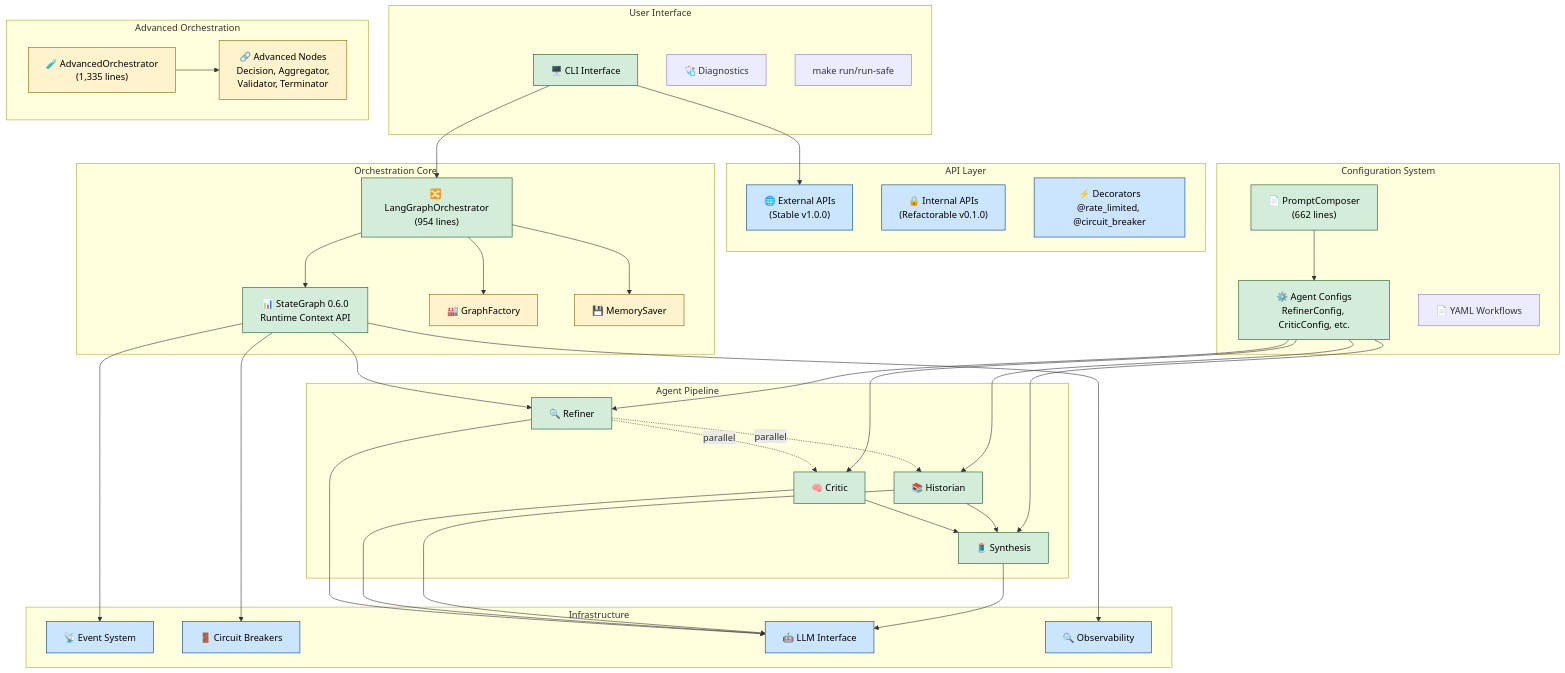
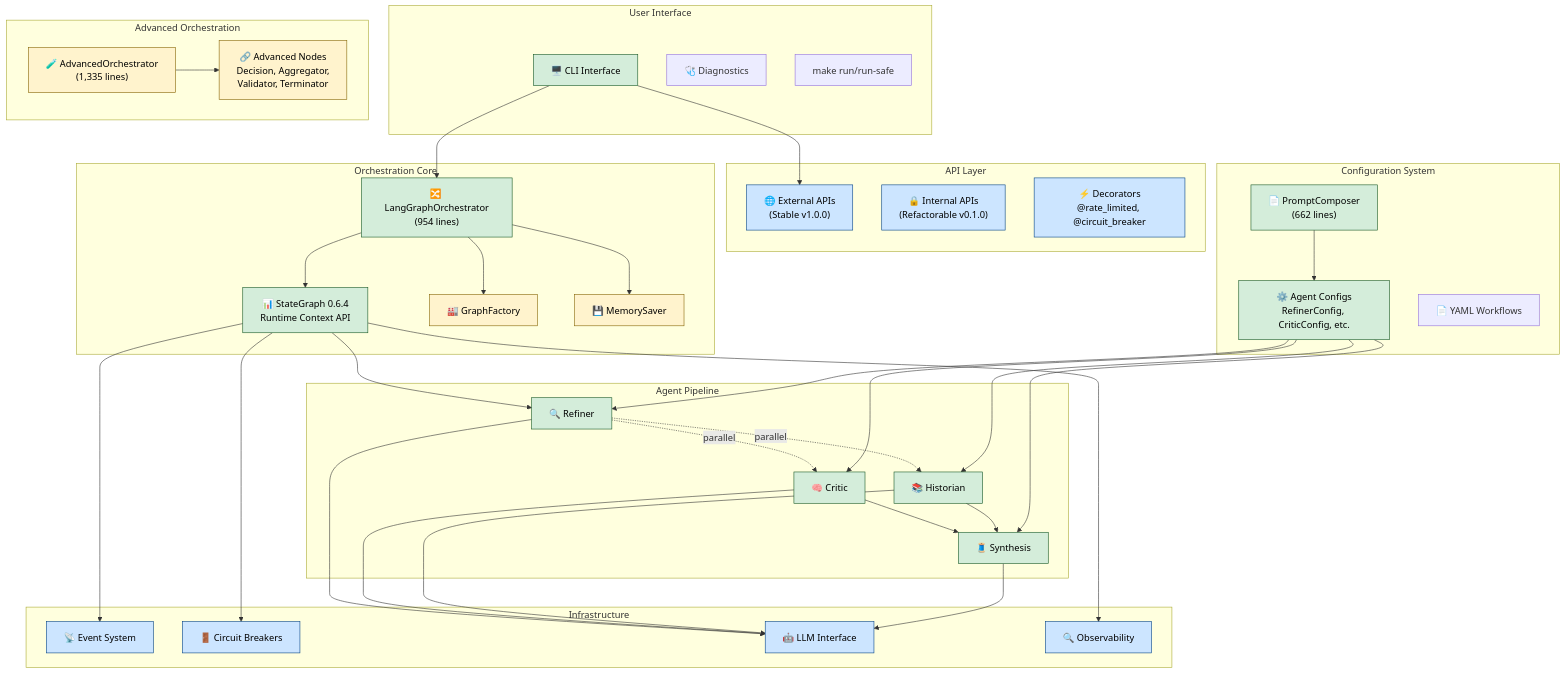
Before and after one commit to aucontraire/cognivault: the diagram in src/cognivault/docs/architecture/ARCHITECTURE.md, drawn with Mermaid. The commit also changed other lines of this file and 320 other files, not shown here.

````diff
--- a/src/cognivault/docs/architecture/ARCHITECTURE.md
+++ b/src/cognivault/docs/architecture/ARCHITECTURE.md
@@ -95,82 +95,82 @@
 ```mermaid
 graph TB
     subgraph "User Interface"
         CLI["🖥️ CLI Interface"]
         DIAG["🩺 Diagnostics"]
         MAKE["make run/run-safe"]
     end
     
     subgraph "API Layer"
         ExtAPI["🌐 External APIs<br/>(Stable v1.0.0)"]
         IntAPI["🔒 Internal APIs<br/>(Refactorable v0.1.0)"]
         DECO["⚡ Decorators<br/>@rate_limited, @circuit_breaker"]
     end
     
     subgraph "Orchestration Core"
         LGO["🔀 LangGraphOrchestrator<br/>(954 lines)"]
-        SG["📊 StateGraph 0.6.0<br/>Runtime Context API"]
+        SG["📊 StateGraph 0.6.4<br/>Runtime Context API"]
         GF["🏭 GraphFactory"]
         MS["💾 MemorySaver"]
     end
     
     subgraph "Agent Pipeline"
         RF["🔍 Refiner"]
         CR["🧠 Critic"]
         HI["📚 Historian"]
         SY["🧵 Synthesis"]
     end
     
     subgraph "Configuration System"
         PC["📄 PromptComposer<br/>(662 lines)"]
         AG_CONFIG["⚙️ Agent Configs<br/>RefinerConfig, CriticConfig, etc."]
         YAML["📄 YAML Workflows"]
     end
     
     subgraph "Advanced Orchestration"
         AO["🧪 AdvancedOrchestrator<br/>(1,335 lines)"]
         NODES["🔗 Advanced Nodes<br/>Decision, Aggregator,<br/>Validator, Terminator"]
     end
     
     subgraph "Infrastructure"
         EVT["📡 Event System"]
         ERR["🚪 Circuit Breakers"]
         LLM["🤖 LLM Interface"]
         OBS["🔍 Observability"]
     end
     
     CLI --> ExtAPI
     CLI --> LGO
     LGO --> SG
     SG --> RF
     RF -.parallel.-> CR
     RF -.parallel.-> HI
     CR --> SY
     HI --> SY
     
     PC --> AG_CONFIG
     AG_CONFIG --> RF
     AG_CONFIG --> CR
     AG_CONFIG --> HI
     AG_CONFIG --> SY
     
     LGO --> GF
     LGO --> MS
     AO --> NODES
     
     RF --> LLM
     CR --> LLM
     HI --> LLM
     SY --> LLM
     
     SG --> EVT
     SG --> ERR
     SG --> OBS
     
     classDef core fill:#d4edda,stroke:#155724,color:#000
     classDef advanced fill:#fff3cd,stroke:#856404,color:#000
     classDef infra fill:#cce5ff,stroke:#004085,color:#000
     
     class CLI,LGO,SG,RF,CR,HI,SY,PC,AG_CONFIG core
     class AO,NODES,GF,MS advanced
     class EVT,ERR,LLM,OBS,ExtAPI,IntAPI,DECO infra
 ```
````
